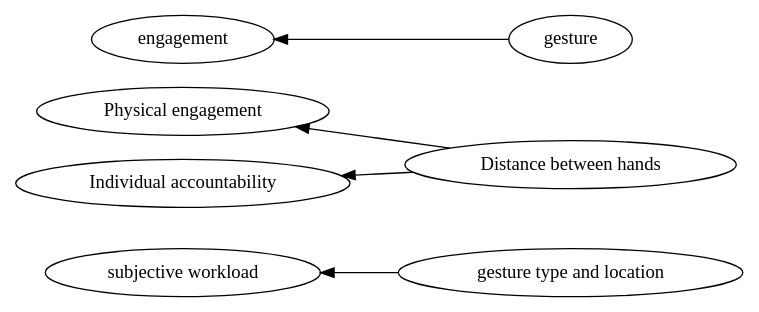
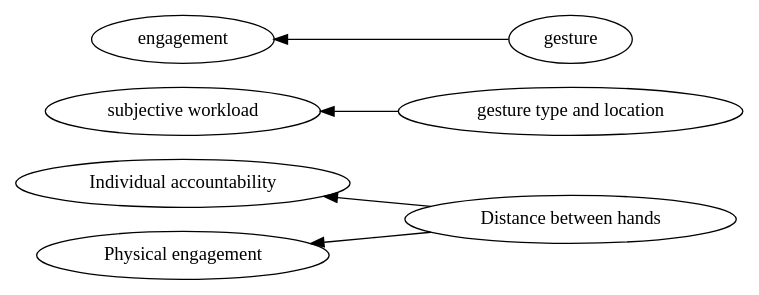
One commit to hgse-schneider/mmca changed the diagram in graphviz/Body -> cognitive engagement.gv. Above: the diagram before and after it, drawn with Graphviz. The commit also changed 168 other files, not shown here.

First line of the commit message:
resized the graphs

```diff
--- a/graphviz/Body -> cognitive engagement.gv
+++ b/graphviz/Body -> cognitive engagement.gv
@@ -1,16 +1,16 @@
 digraph Test {
 	rankdir=RL
-	size="15,15"
+	size="10,10"
 	overlap=false
 	splines=true
-	{rank=same; "gesture type and location" "Distance between hands" "gesture";}
-	{rank=same; "subjective workload" "Physical engagement" "Individual accountability" "engagement";}
+	{rank=same; "Distance between hands" "gesture type and location" "gesture";}
+	{rank=same; "subjective workload" "Individual accountability" "Physical engagement" "engagement";}
 	gesture [href="https://scholar.google.com/scholar?hl=en&q=The%20Additive%20Value%20of%20Multimodal%20Features%20for%20Predicting%20Engagement,%20Frustration,%20and%20Learning%20during%20Tutoring"]
 	gesture -> engagement
 	"Distance between hands" [href="https://scholar.google.com/scholar?hl=en&q=Using%20Multimodal%20Learning%20Analytics%20to%20Identify%20Aspects%20of%20Collaboration%20in%20Project-Based%20Learning"]
 	"Distance between hands" -> "Physical engagement"
 	"gesture type and location" [href="https://scholar.google.com/scholar?hl=en&q=Improving%20Visibility%20of%20Remote%20Gestures%20in%20Distributed%20Tabletop%20Collaboration"]
 	"gesture type and location" -> "subjective workload"
 	"Distance between hands" [href="https://scholar.google.com/scholar?hl=en&q=Using%20Multimodal%20Learning%20Analytics%20to%20Identify%20Aspects%20of%20Collaboration%20in%20Project-Based%20Learning"]
 	"Distance between hands" -> "Individual accountability"
 }
```
